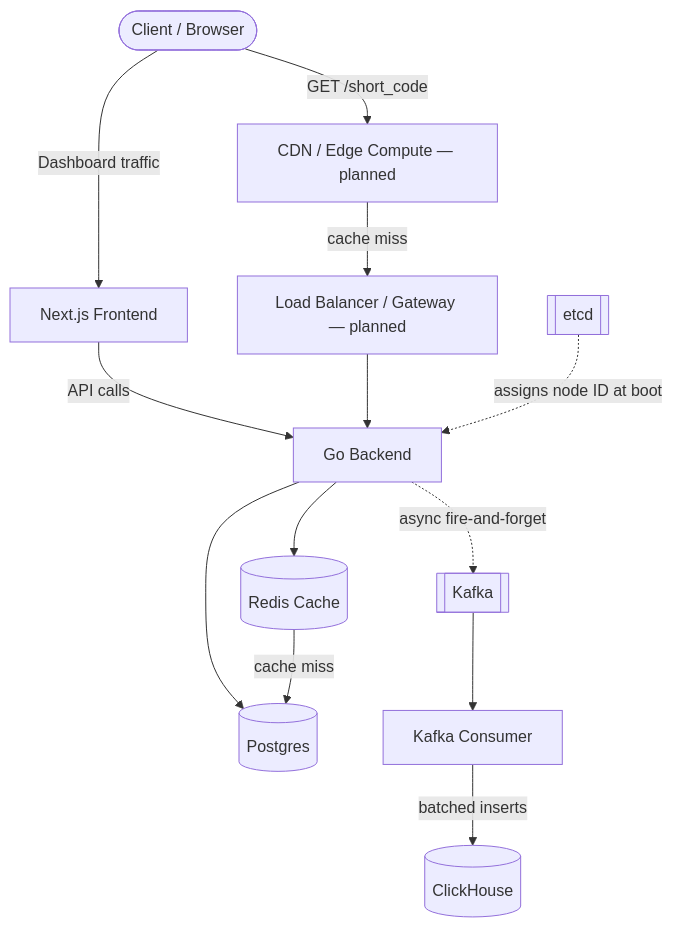
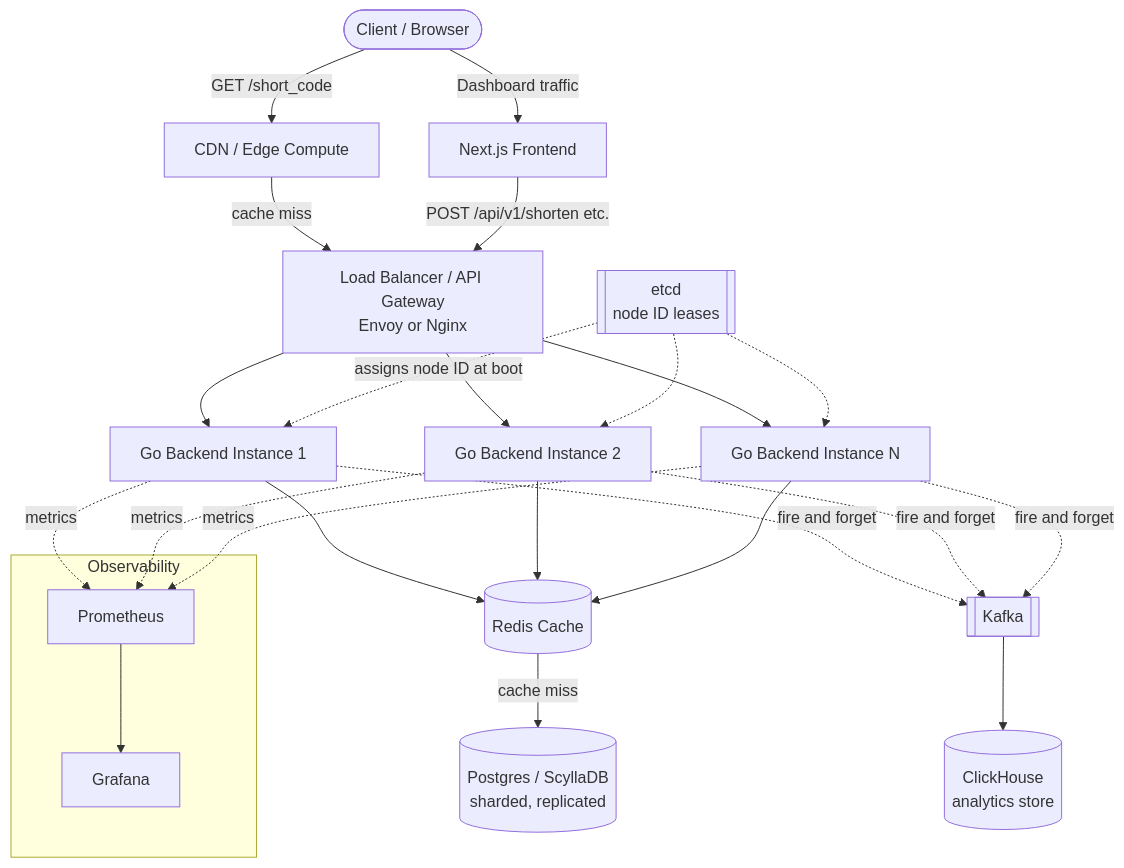
Before and after one commit to SHIVAM-KUMAR-59/url-shortner: the diagram in README.md, drawn with Mermaid.

Commit message:
chore: update system diagram in docs

````diff
--- a/README.md
+++ b/README.md
@@ -72,22 +72,40 @@
 ```mermaid
 flowchart TD
     Client([Client / Browser])
 
-    Client -->|GET /short_code| Edge[CDN / Edge Compute — planned]
+    Client -->|GET /short_code| Edge[CDN / Edge Compute]
     Client -->|Dashboard traffic| FE[Next.js Frontend]
 
-    Edge -->|cache miss| LB[Load Balancer / Gateway — planned]
-    FE -->|API calls| Backend
+    Edge -->|cache miss| LB[Load Balancer / API Gateway<br/>Envoy or Nginx]
+    FE -->|POST /api/v1/shorten etc.| LB
 
-    LB --> Backend[Go Backend]
+    LB --> App1[Go Backend Instance 1]
+    LB --> App2[Go Backend Instance 2]
+    LB --> App3[Go Backend Instance N]
 
-    Backend --> Cache[(Redis Cache)]
-    Backend --> DB[(Postgres)]
-    Cache -->|cache miss| DB
+    App1 --> Cache[(Redis Cache)]
+    App2 --> Cache
+    App3 --> Cache
 
-    Backend -.async fire-and-forget.-> Kafka[[Kafka]]
-    Kafka --> Consumer[Kafka Consumer]
-    Consumer -->|batched inserts| ClickHouse[(ClickHouse)]
+    Cache -->|cache miss| DB[(Postgres / ScyllaDB<br/>sharded, replicated)]
 
-    Etcd[[etcd]] -.assigns node ID at boot.-> Backend
+    App1 -.fire and forget.-> Queue[[Kafka]]
+    App2 -.fire and forget.-> Queue
+    App3 -.fire and forget.-> Queue
+
+    Queue --> Analytics[(ClickHouse<br/>analytics store)]
+
+    Etcd[[etcd<br/>node ID leases]] -.assigns node ID at boot.-> App1
+    Etcd -.-> App2
+    Etcd -.-> App3
+
+    subgraph Observability
+      Prom[Prometheus]
+      Graf[Grafana]
+    end
+
+    App1 -.metrics.-> Prom
+    App2 -.metrics.-> Prom
+    App3 -.metrics.-> Prom
+    Prom --> Graf
 ```
````
